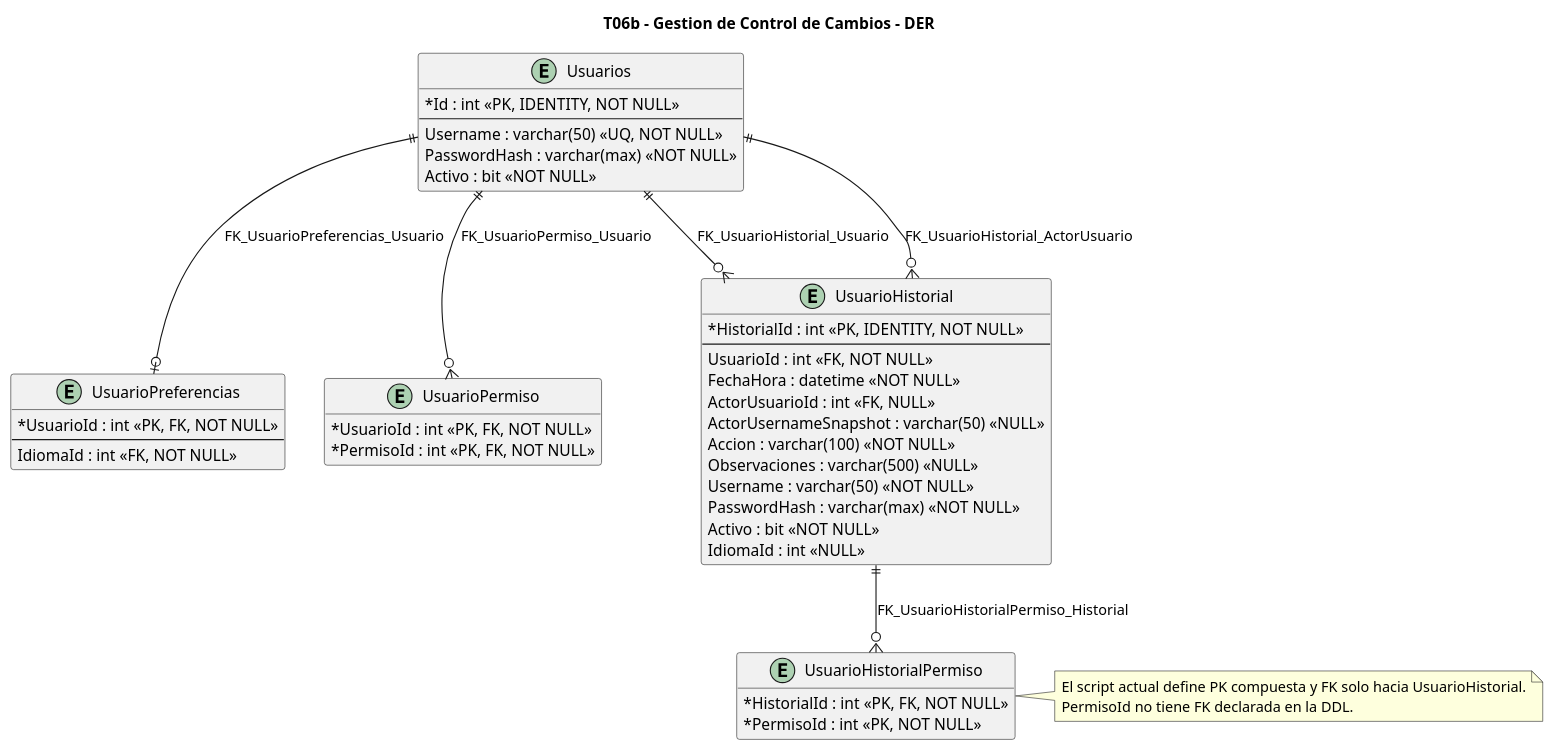
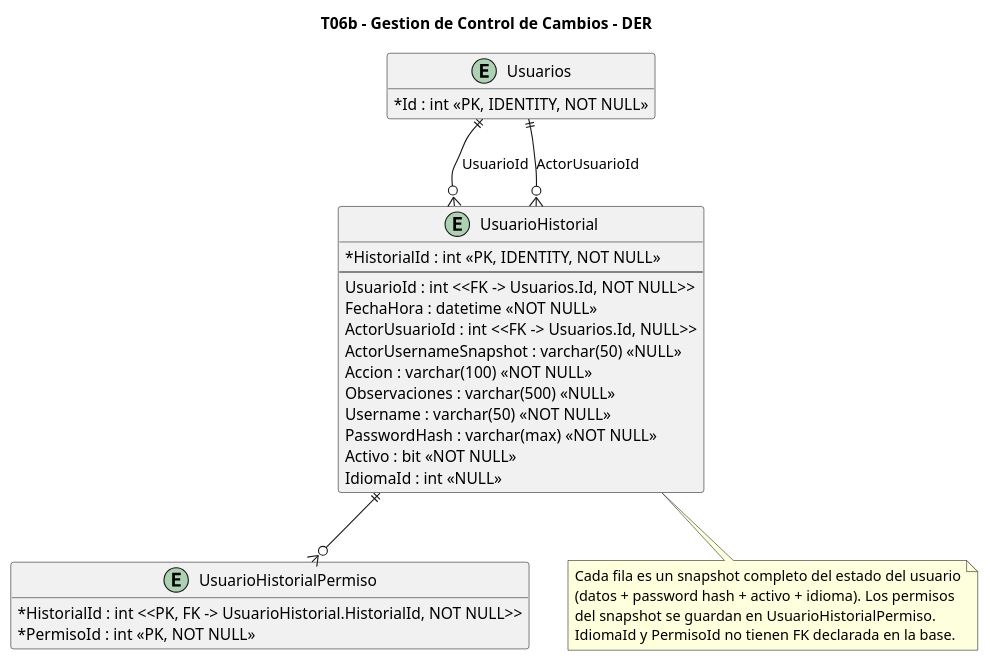
Before and after one commit to aggutierrez98/TP-TD: the diagram in diagramas/T06b-control-cambios/T06b-control-cambios-datos.puml, drawn with PlantUML. The commit also changed 56 other files, not shown here.

Commit message:
Agregar diagramas

```diff
--- a/diagramas/T06b-control-cambios/T06b-control-cambios-datos.puml
+++ b/diagramas/T06b-control-cambios/T06b-control-cambios-datos.puml
@@ -1,58 +1,45 @@
 @startuml
 title T06b - Gestion de Control de Cambios - DER
 
 hide methods
 hide stereotypes
+skinparam backgroundColor white
 skinparam classAttributeIconSize 0
+skinparam shadowing false
 
-entity "Usuarios" as Usuarios {
-  *Id : int <<PK, IDENTITY, NOT NULL>>
-  --
-  Username : varchar(50) <<UQ, NOT NULL>>
-  PasswordHash : varchar(max) <<NOT NULL>>
-  Activo : bit <<NOT NULL>>
-}
-
-entity "UsuarioPreferencias" as UsuarioPreferencias {
-  *UsuarioId : int <<PK, FK, NOT NULL>>
-  --
-  IdiomaId : int <<FK, NOT NULL>>
-}
-
-entity "UsuarioPermiso" as UsuarioPermiso {
-  *UsuarioId : int <<PK, FK, NOT NULL>>
-  *PermisoId : int <<PK, FK, NOT NULL>>
-}
-
-entity "UsuarioHistorial" as UsuarioHistorial {
+entity "UsuarioHistorial" as Hist {
   *HistorialId : int <<PK, IDENTITY, NOT NULL>>
   --
-  UsuarioId : int <<FK, NOT NULL>>
+  UsuarioId : int <<FK -> Usuarios.Id, NOT NULL>>
   FechaHora : datetime <<NOT NULL>>
-  ActorUsuarioId : int <<FK, NULL>>
+  ActorUsuarioId : int <<FK -> Usuarios.Id, NULL>>
   ActorUsernameSnapshot : varchar(50) <<NULL>>
   Accion : varchar(100) <<NOT NULL>>
   Observaciones : varchar(500) <<NULL>>
   Username : varchar(50) <<NOT NULL>>
   PasswordHash : varchar(max) <<NOT NULL>>
   Activo : bit <<NOT NULL>>
   IdiomaId : int <<NULL>>
 }
 
-entity "UsuarioHistorialPermiso" as UsuarioHistorialPermiso {
-  *HistorialId : int <<PK, FK, NOT NULL>>
+entity "UsuarioHistorialPermiso" as HistPerm {
+  *HistorialId : int <<PK, FK -> UsuarioHistorial.HistorialId, NOT NULL>>
   *PermisoId : int <<PK, NOT NULL>>
 }
 
-Usuarios ||--o{ UsuarioHistorial : FK_UsuarioHistorial_Usuario
-Usuarios ||--o{ UsuarioHistorial : FK_UsuarioHistorial_ActorUsuario
-UsuarioHistorial ||--o{ UsuarioHistorialPermiso : FK_UsuarioHistorialPermiso_Historial
-Usuarios ||--o| UsuarioPreferencias : FK_UsuarioPreferencias_Usuario
-Usuarios ||--o{ UsuarioPermiso : FK_UsuarioPermiso_Usuario
+entity "Usuarios" as Usuarios {
+  *Id : int <<PK, IDENTITY, NOT NULL>>
+}
 
-note right of UsuarioHistorialPermiso
-  El script actual define PK compuesta y FK solo hacia UsuarioHistorial.
-  PermisoId no tiene FK declarada en la DDL.
+Usuarios ||--o{ Hist : UsuarioId
+Usuarios ||--o{ Hist : ActorUsuarioId
+Hist ||--o{ HistPerm
+
+note bottom of Hist
+  Cada fila es un snapshot completo del estado del usuario
+  (datos + password hash + activo + idioma). Los permisos
+  del snapshot se guardan en UsuarioHistorialPermiso.
+  IdiomaId y PermisoId no tienen FK declarada en la base.
 end note
 
 @enduml
```
